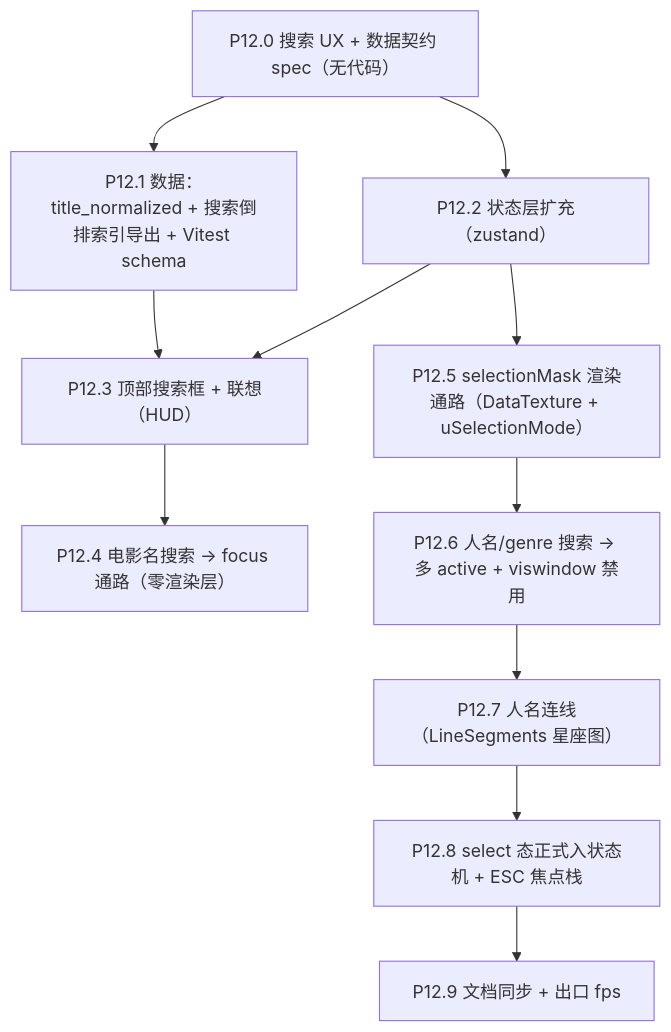
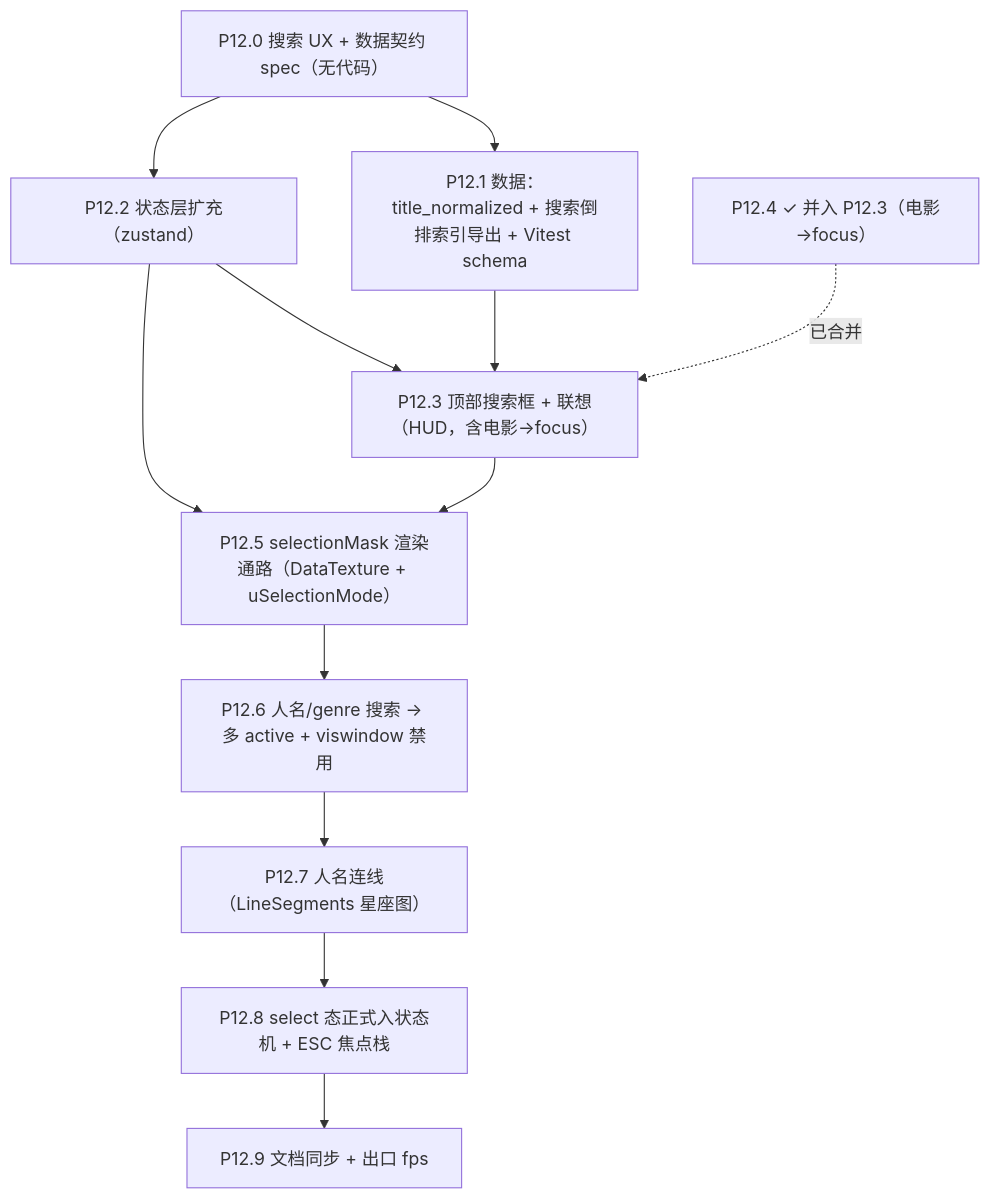
One commit to XYBuilds/chronicle_v3_3d_galaxy changed the diagram in .cursor/plans/phase_12_search_and_select_6c9bfa94.plan.md. Above: the diagram before and after it, drawn with Mermaid. The commit also changed other lines of this file, not shown here.

````diff
--- a/.cursor/plans/phase_12_search_and_select_6c9bfa94.plan.md
+++ b/.cursor/plans/phase_12_search_and_select_6c9bfa94.plan.md
@@ -70,24 +70,25 @@
 ```mermaid
 flowchart TD
     P120["P12.0 搜索 UX + 数据契约 spec（无代码）"]
     P121["P12.1 数据：title_normalized + 搜索倒排索引导出 + Vitest schema"]
     P122["P12.2 状态层扩充（zustand）"]
-    P123["P12.3 顶部搜索框 + 联想（HUD）"]
-    P124["P12.4 电影名搜索 → focus 通路（零渲染层）"]
+    P123["P12.3 顶部搜索框 + 联想（HUD，含电影→focus）"]
+    P124["P12.4 ✓ 并入 P12.3（电影→focus）"]
     P125["P12.5 selectionMask 渲染通路（DataTexture + uSelectionMode）"]
     P126["P12.6 人名/genre 搜索 → 多 active + viswindow 禁用"]
     P127["P12.7 人名连线（LineSegments 星座图）"]
     P128["P12.8 select 态正式入状态机 + ESC 焦点栈"]
     P129["P12.9 文档同步 + 出口 fps"]
 
     P120 --> P121
     P120 --> P122
     P121 --> P123
     P122 --> P123
-    P123 --> P124
+    P123 --> P125
+    P124 -.->|已合并| P123
     P122 --> P125
     P125 --> P126
     P126 --> P127
     P127 --> P128
     P128 --> P129
 ```
````
